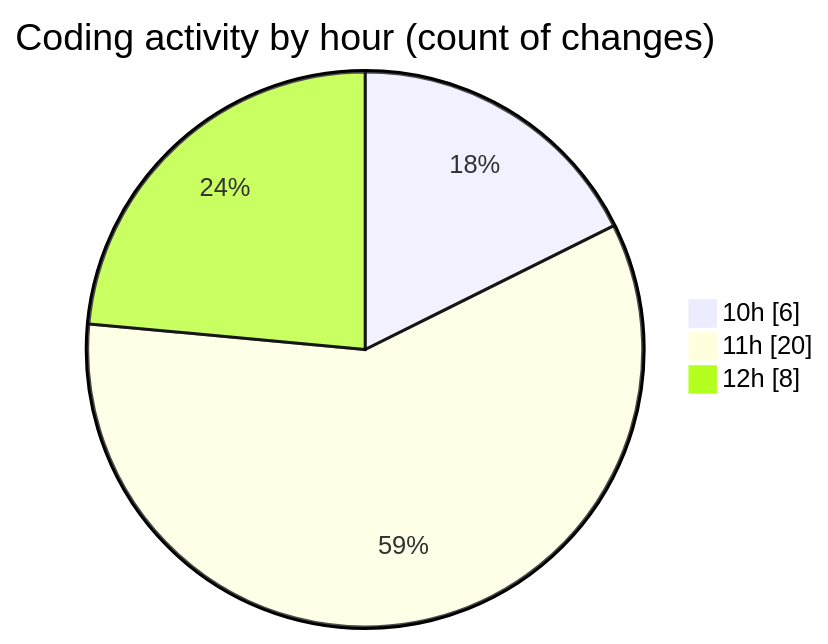
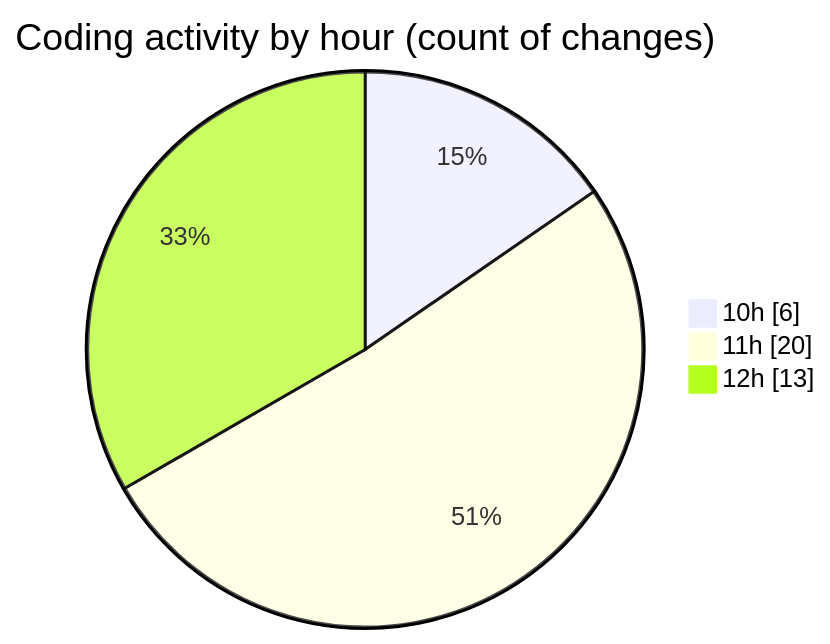
One commit to nxtqubesakshisongat/code-tracking changed the second of 2 diagrams in 2025-05-05/nxtqube_webapp/README.md. Above: the diagram before and after it, drawn with Mermaid. The commit also changed other lines of this file and 1 other file, not shown here.

````diff
--- a/2025-05-05/nxtqube_webapp/README.md
+++ b/2025-05-05/nxtqube_webapp/README.md
@@ -28,7 +28,7 @@
 ```mermaid
 pie showData
 title Coding activity by hour (count of changes)
 "10h" : 6
 "11h" : 20
-"12h" : 8
+"12h" : 13
 ```
````
